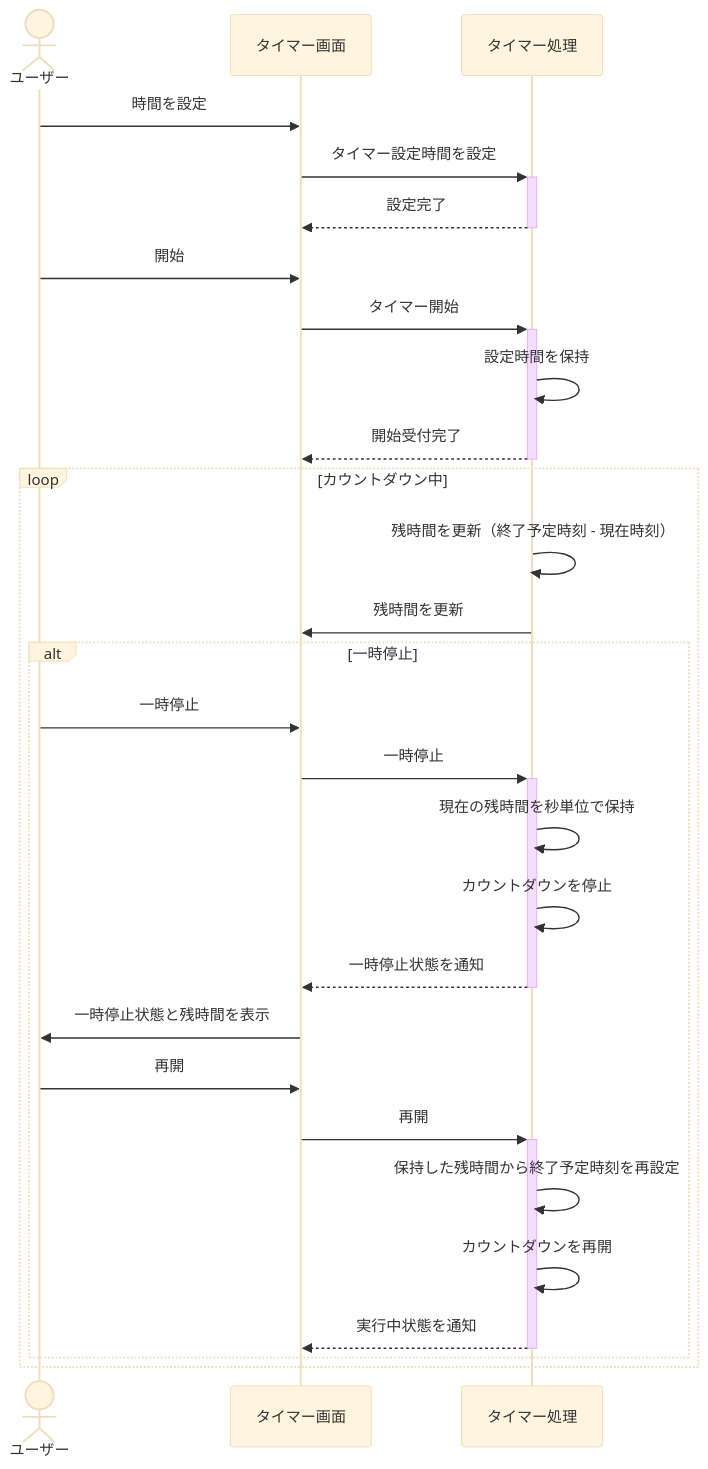
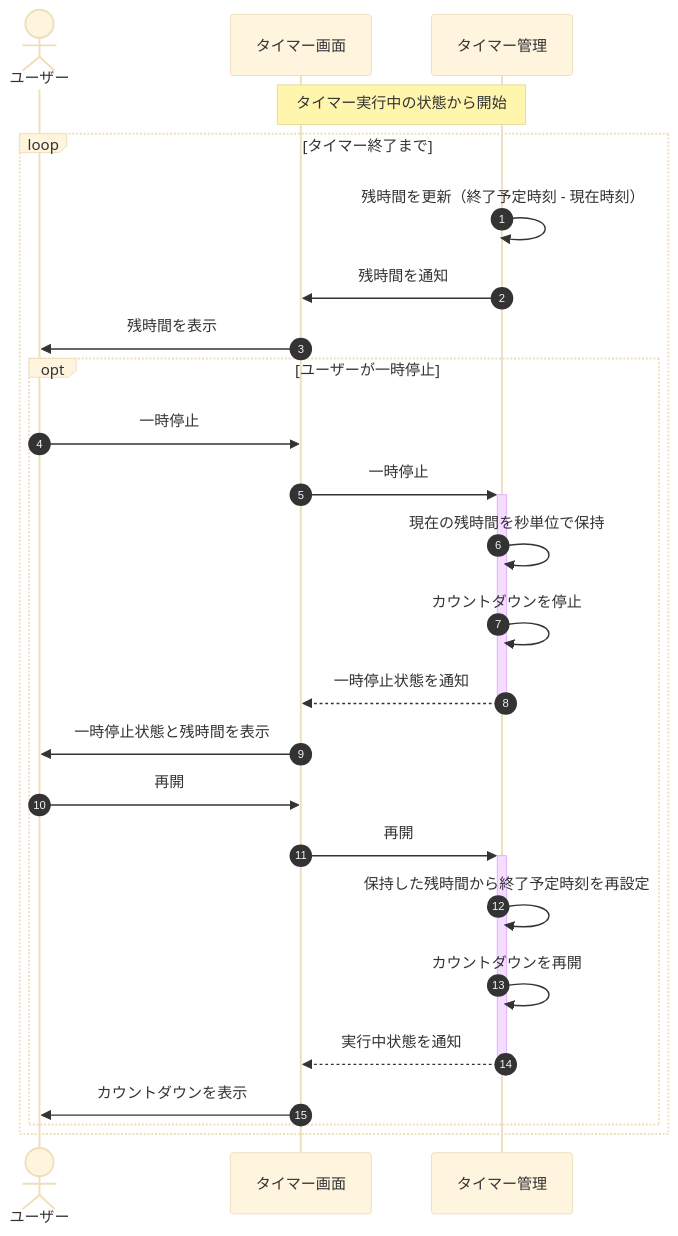
One commit to shun62201234-crypto/timerApplication changed the second of 5 diagrams in document/設計/シーケンス図/タイマーシーケンス図.md. Above: the diagram before and after it, drawn with Mermaid (base theme). The commit also changed other lines of this file and 2 other files, not shown here.

First line of the commit message:
シーケンス図を修正（共通・アラーム・タイマー）

````diff
--- a/document/設計/シーケンス図/タイマーシーケンス図.md
+++ b/document/設計/シーケンス図/タイマーシーケンス図.md
@@ -59,35 +71,31 @@
 ```mermaid
 sequenceDiagram
-    actor ユーザー
+    autonumber
+    actor User as ユーザー
     participant UI as タイマー画面
-    participant Timer as タイマー処理
+    participant Timer as タイマー管理
 
-    ユーザー->>UI: 時間を設定
-    UI->>+Timer: タイマー設定時間を設定
-    Timer-->>-UI: 設定完了
+    Note over UI,Timer: タイマー実行中の状態から開始
 
-    ユーザー->>UI: 開始
-    UI->>+Timer: タイマー開始
-    Timer->>Timer: 設定時間を保持
-    Timer-->>-UI: 開始受付完了
+    loop タイマー終了まで
+        Timer->>Timer: 残時間を更新（終了予定時刻 - 現在時刻）
+        Timer->>UI: 残時間を通知
+        UI->>User: 残時間を表示
 
-    loop カウントダウン中
-        Timer->>Timer: 残時間を更新（終了予定時刻 - 現在時刻）
-        Timer->>UI: 残時間を更新
-
-        alt 一時停止
-            ユーザー->>UI: 一時停止
+        opt ユーザーが一時停止
+            User->>UI: 一時停止
             UI->>+Timer: 一時停止
             Timer->>Timer: 現在の残時間を秒単位で保持
             Timer->>Timer: カウントダウンを停止
             Timer-->>-UI: 一時停止状態を通知
-            UI->>ユーザー: 一時停止状態と残時間を表示
+            UI->>User: 一時停止状態と残時間を表示
 
-            ユーザー->>UI: 再開
+            User->>UI: 再開
             UI->>+Timer: 再開
             Timer->>Timer: 保持した残時間から終了予定時刻を再設定
             Timer->>Timer: カウントダウンを再開
             Timer-->>-UI: 実行中状態を通知
+            UI->>User: カウントダウンを表示
         end
     end
 ```
````
